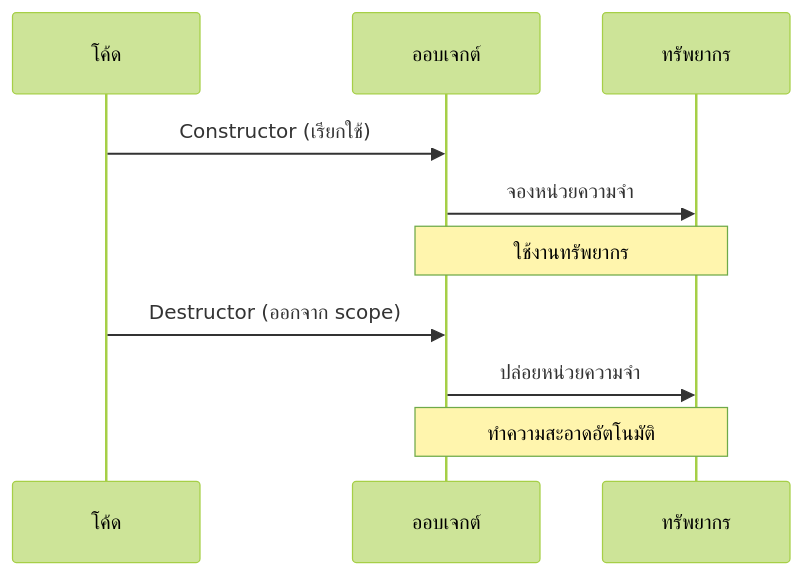
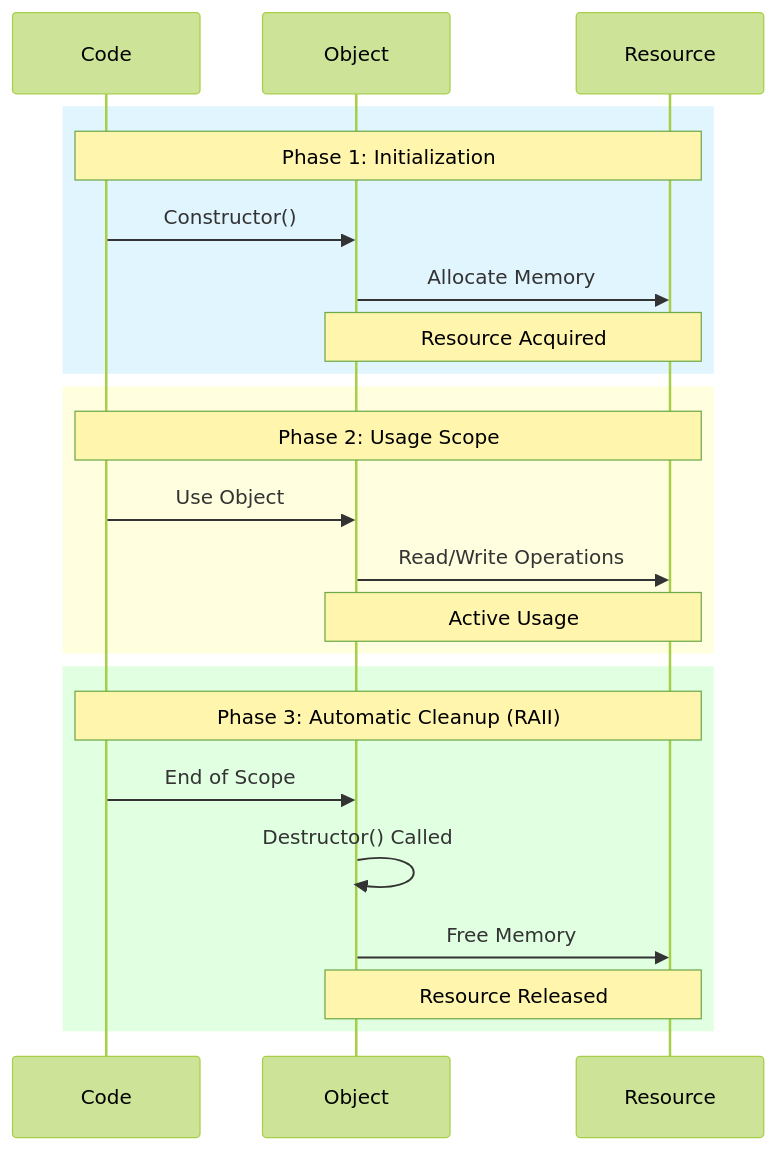
One commit to wramet/build-my-cfd changed the second of 7 diagrams in MODULE_05_OPENFOAM_PROGRAMMING/CONTENT/03_CONTAINERS_MEMORY/02_Memory_Management_Fundamentals.md. Above: the diagram before and after it, drawn with Mermaid (forest theme). The commit also changed other lines of this file and 313 other files, not shown here.

Commit message:
Revise all diagram

````diff
--- a/MODULE_05_OPENFOAM_PROGRAMMING/CONTENT/03_CONTAINERS_MEMORY/02_Memory_Management_Fundamentals.md
+++ b/MODULE_05_OPENFOAM_PROGRAMMING/CONTENT/03_CONTAINERS_MEMORY/02_Memory_Management_Fundamentals.md
@@ -63,13 +64,28 @@
 ```mermaid
 sequenceDiagram
-    participant Code as โค้ด
-    participant Object as ออบเจกต์
-    participant Resource as ทรัพยากร
+participant C as Code
+participant O as Object
+participant R as Resource
 
-    Code->>Object: Constructor (เรียกใช้)
-    Object->>Resource: จองหน่วยความจำ
-    Note over Object,Resource: ใช้งานทรัพยากร
-    Code->>Object: Destructor (ออกจาก scope)
-    Object->>Resource: ปล่อยหน่วยความจำ
-    Note over Object,Resource: ทำความสะอาดอัตโนมัติ
+rect rgb(225, 245, 255)
+    Note over C,R: Phase 1: Initialization
+    C->>O: Constructor()
+    O->>R: Allocate Memory
+    Note over O,R: Resource Acquired
+end
+
+rect rgb(255, 255, 224)
+    Note over C,R: Phase 2: Usage Scope
+    C->>O: Use Object
+    O->>R: Read/Write Operations
+    Note over O,R: Active Usage
+end
+
+rect rgb(225, 255, 225)
+    Note over C,R: Phase 3: Automatic Cleanup (RAII)
+    C->>O: End of Scope
+    O->>O: Destructor() Called
+    O->>R: Free Memory
+    Note over O,R: Resource Released
+end
 ```
````
